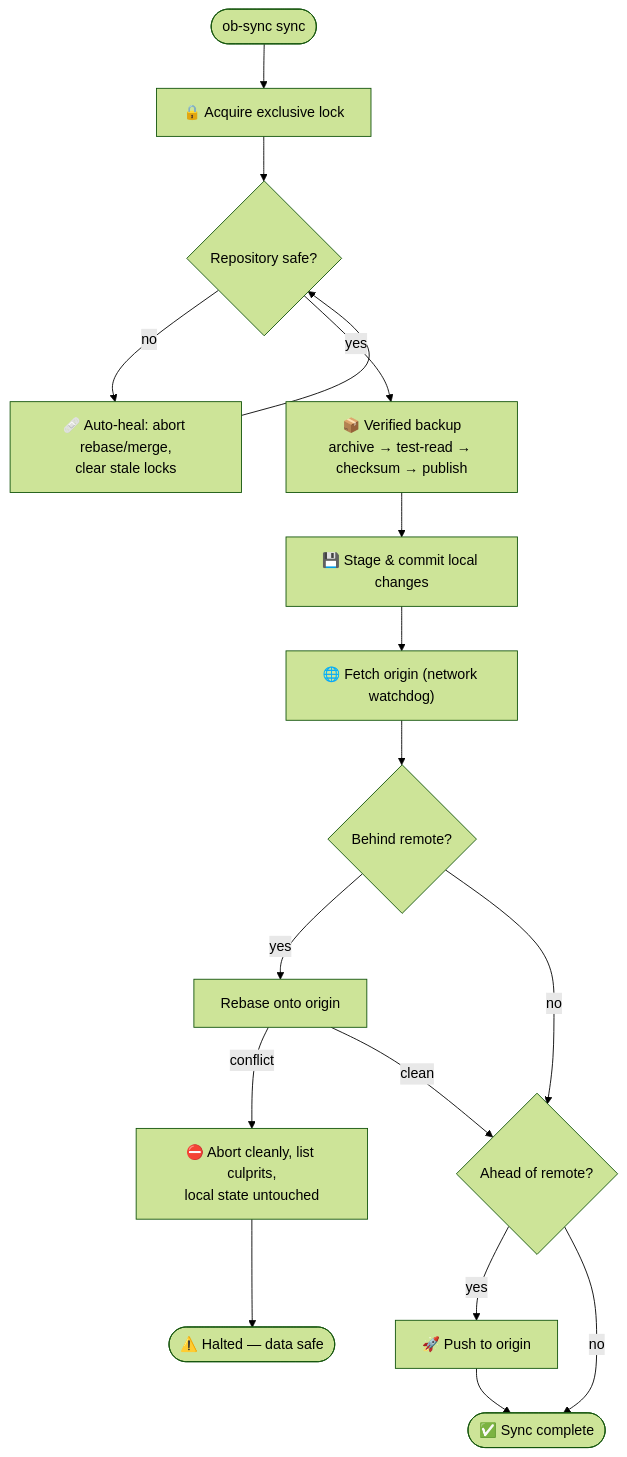
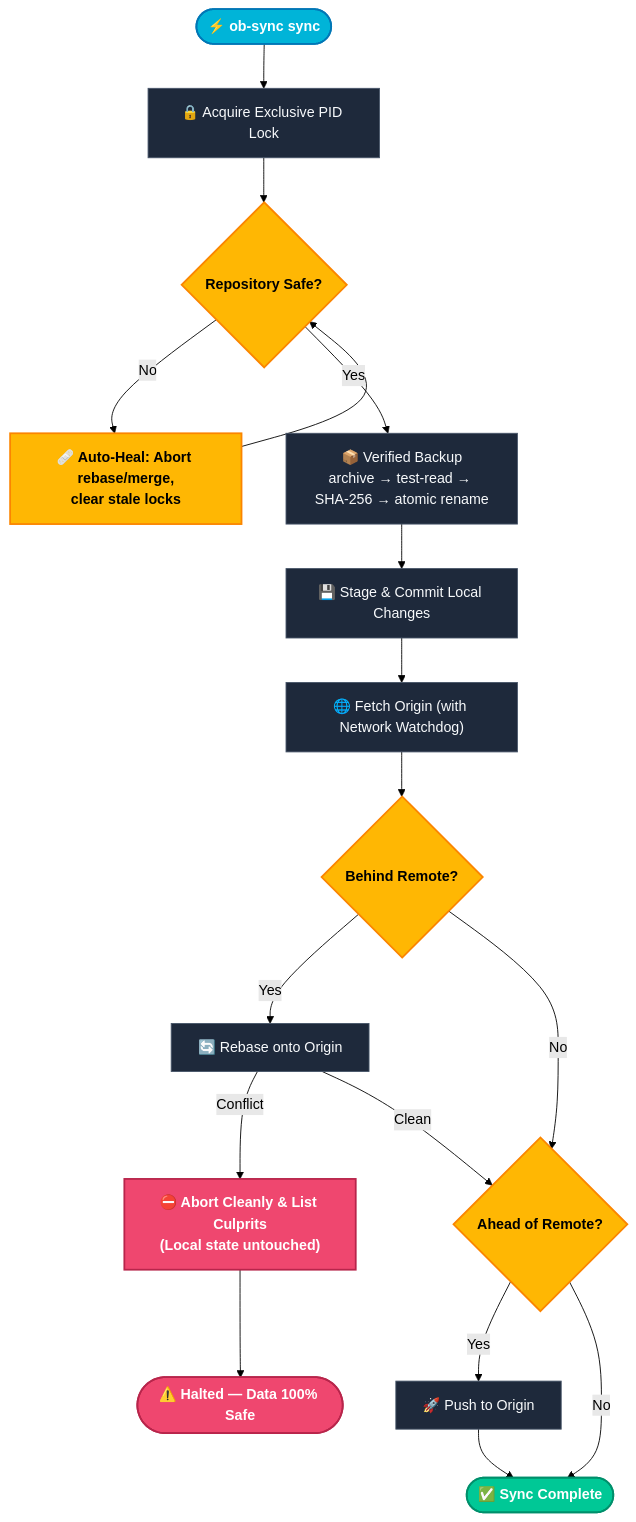
One commit to CheginiSoroush/obsidian-sync-scripts changed the diagram in README.md. Above: the diagram before and after it, drawn with Mermaid (forest theme). The commit also changed other lines of this file, not shown here.

````diff
--- a/README.md
+++ b/README.md
@@ -181,19 +158,31 @@
 ```mermaid
 flowchart TD
-    A(["ob-sync sync"]) --> B["🔒 Acquire exclusive lock"]
-    B --> C{"Repository safe?"}
-    C -- "no" --> D["🩹 Auto-heal: abort rebase/merge,<br>clear stale locks"]
+    A(["⚡ ob-sync sync"]) --> B["🔒 Acquire Exclusive PID Lock"]
+    B --> C{"Repository Safe?"}
+    C -- "No" --> D["🩹 Auto-Heal: Abort rebase/merge,<br/>clear stale locks"]
     D --> C
-    C -- "yes" --> E["📦 Verified backup<br>archive → test-read → checksum → publish"]
-    E --> F["💾 Stage & commit local changes"]
-    F --> G["🌐 Fetch origin (network watchdog)"]
-    G --> H{"Behind remote?"}
-    H -- "yes" --> I["Rebase onto origin"]
-    I -- "conflict" --> J["⛔ Abort cleanly, list culprits,<br>local state untouched"]
-    H -- "no" --> K{"Ahead of remote?"}
-    I -- "clean" --> K
-    K -- "yes" --> L["🚀 Push to origin"]
-    L --> M(["✅ Sync complete"])
-    K -- "no" --> M
-    J --> N(["⚠️ Halted — data safe"])
+    C -- "Yes" --> E["📦 Verified Backup<br/>archive → test-read → SHA-256 → atomic rename"]
+    E --> F["💾 Stage & Commit Local Changes"]
+    F --> G["🌐 Fetch Origin (with Network Watchdog)"]
+    G --> H{"Behind Remote?"}
+    H -- "Yes" --> I["🔄 Rebase onto Origin"]
+    I -- "Conflict" --> J["⛔ Abort Cleanly & List Culprits<br/>(Local state untouched)"]
+    H -- "No" --> K{"Ahead of Remote?"}
+    I -- "Clean" --> K
+    K -- "Yes" --> L["🚀 Push to Origin"]
+    L --> M(["✅ Sync Complete"])
+    K -- "No" --> M
+    J --> N(["⚠️ Halted — Data 100% Safe"])
+
+    classDef startEnd fill:#00B4D8,stroke:#0077B6,stroke-width:2px,color:#fff,font-weight:bold
+    classDef success fill:#00C896,stroke:#008F6B,stroke-width:2px,color:#fff,font-weight:bold
+    classDef danger fill:#EF476F,stroke:#B8254B,stroke-width:2px,color:#fff,font-weight:bold
+    classDef warn fill:#FFB703,stroke:#FB8500,stroke-width:2px,color:#000,font-weight:bold
+    classDef step fill:#1E293B,stroke:#475569,stroke-width:1px,color:#F8FAFC
+
+    class A startEnd
+    class M success
+    class J,N danger
+    class C,H,K,D warn
+    class B,E,F,G,I,L step
 ```
````
